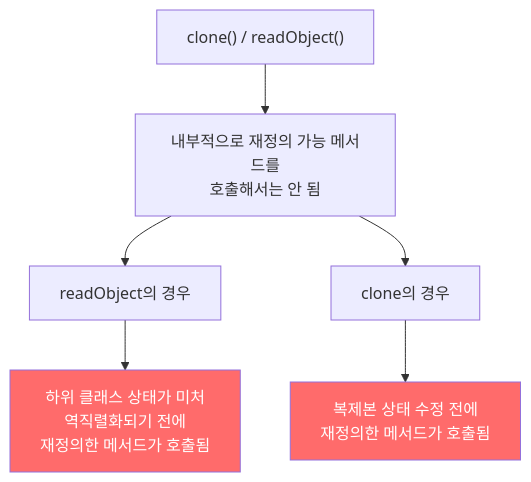
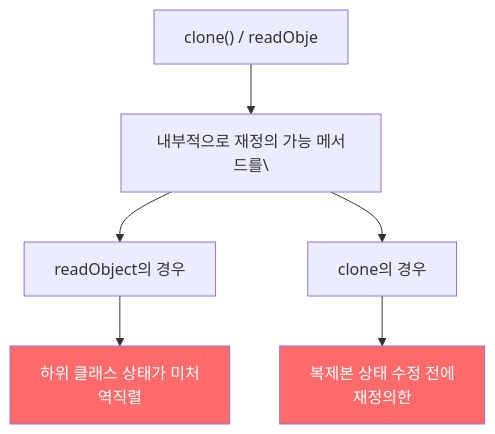
Before and after one commit to yjkim2015/yjkim2015.github.io: the fifth of 6 diagrams in _posts/java/2022-01-03-effective-java19.md, drawn with Mermaid. The commit also changed other lines of this file and 271 other files, not shown here.

First line of the commit message:
Mermaid 라벨 축소: 긴 노드 텍스트 18자 이하로 트림 + \n 제거

````diff
--- a/_posts/java/2022-01-03-effective-java19.md
+++ b/_posts/java/2022-01-03-effective-java19.md
@@ -170,10 +170,10 @@
 ```mermaid
 graph TD
-    A["clone() / readObject()"] --> B["내부적으로 재정의 가능 메서드를\n호출해서는 안 됨"]
+    A["clone() / readObje"] --> B["내부적으로 재정의 가능 메서드를\"]
     B --> C["readObject의 경우"]
     B --> D["clone의 경우"]
-    C --> C1["하위 클래스 상태가 미처\n역직렬화되기 전에\n재정의한 메서드가 호출됨"]
-    D --> D1["복제본 상태 수정 전에\n재정의한 메서드가 호출됨"]
+    C --> C1["하위 클래스 상태가 미처\n역직렬"]
+    D --> D1["복제본 상태 수정 전에\n재정의한"]
     style C1 fill:#ff6b6b,color:#fff
     style D1 fill:#ff6b6b,color:#fff
 ```
````
